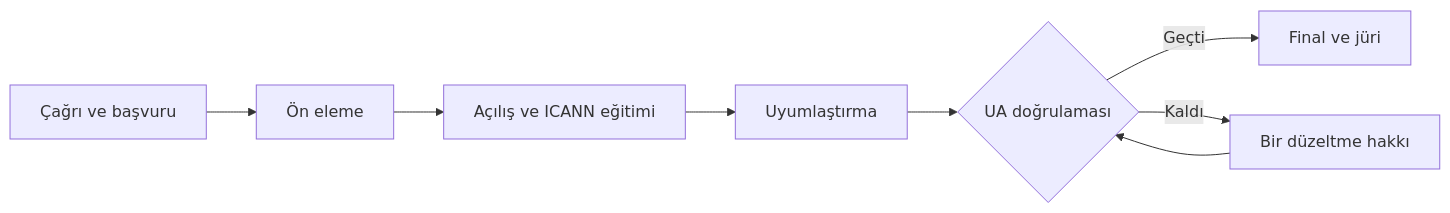
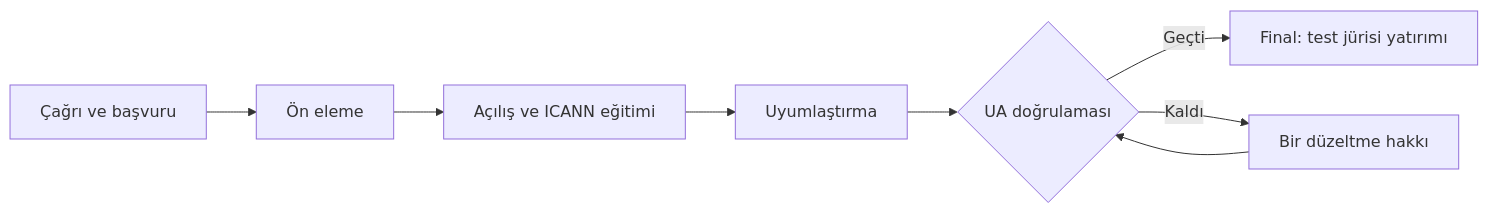
The diagram in docs/program.md (furkan-brk/ua-hazir-turkiye), drawn with Mermaid before and after one commit. The commit also changed other lines of this file and 43 other files, not shown here.

````diff
--- a/docs/program.md
+++ b/docs/program.md
@@ -23,10 +23,10 @@
 ```mermaid
 flowchart LR
     A[Çağrı ve başvuru] --> B[Ön eleme]
     B --> C[Açılış ve ICANN eğitimi]
     C --> D[Uyumlaştırma]
     D --> E{UA doğrulaması}
-    E -- Geçti --> F[Final ve jüri]
+    E -- Geçti --> F[Final: test jürisi yatırımı]
     E -- Kaldı --> G[Bir düzeltme hakkı]
     G --> E
 ```
````
